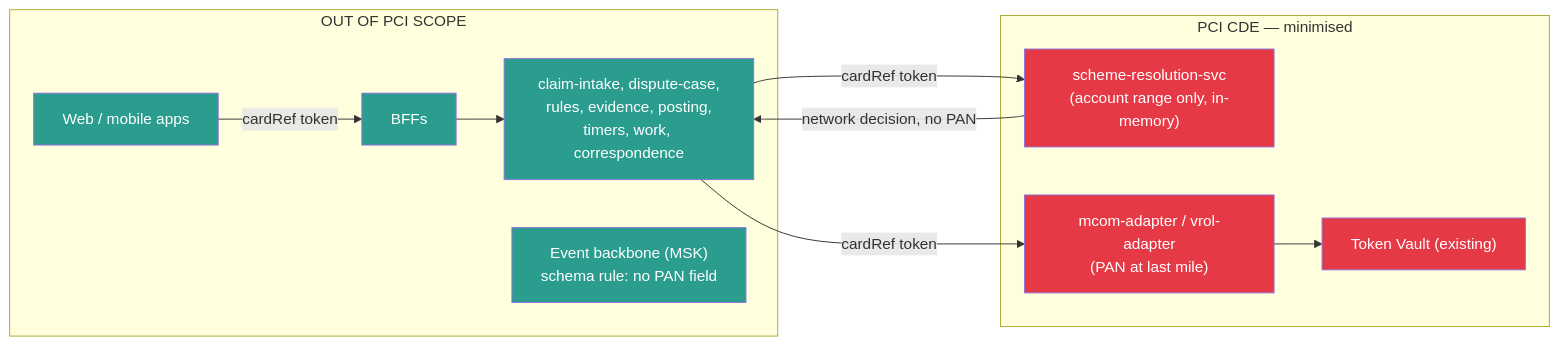
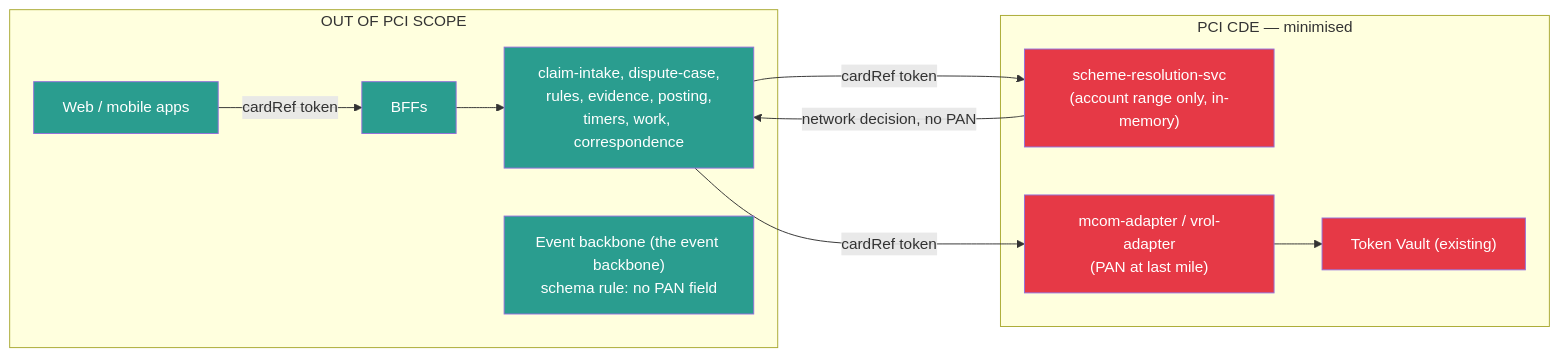
Before and after one commit to bmageshvec/poc-claims-resolution: diagram 15 of 16 in docs/dispute-claims-resolution-architecture.md, drawn with Mermaid. The commit also changed other lines of this file and 32 other files, not shown here.

````diff
--- a/docs/dispute-claims-resolution-architecture.md
+++ b/docs/dispute-claims-resolution-architecture.md
@@ -1507,23 +1639,23 @@
 ```mermaid
 flowchart LR
     subgraph OUT["OUT OF PCI SCOPE"]
         A["Web / mobile apps"]
         B["BFFs"]
         C["claim-intake, dispute-case,<br/>rules, evidence, posting,<br/>timers, work, correspondence"]
-        D["Event backbone (MSK)<br/>schema rule: no PAN field"]
+        D["Event backbone (the event backbone)<br/>schema rule: no PAN field"]
     end
     subgraph IN["PCI CDE — minimised"]
         E["scheme-resolution-svc<br/>(account range only, in-memory)"]
         F["mcom-adapter / vrol-adapter<br/>(PAN at last mile)"]
         G["Token Vault (existing)"]
     end
     A -->|cardRef token| B --> C
     C -->|cardRef token| E
     E -->|network decision, no PAN| C
     C -->|cardRef token| F
     F --> G
     classDef out fill:#2a9d8f,color:#fff
     classDef in fill:#e63946,color:#fff
     class A,B,C,D out
     class E,F,G in
 ```
````
